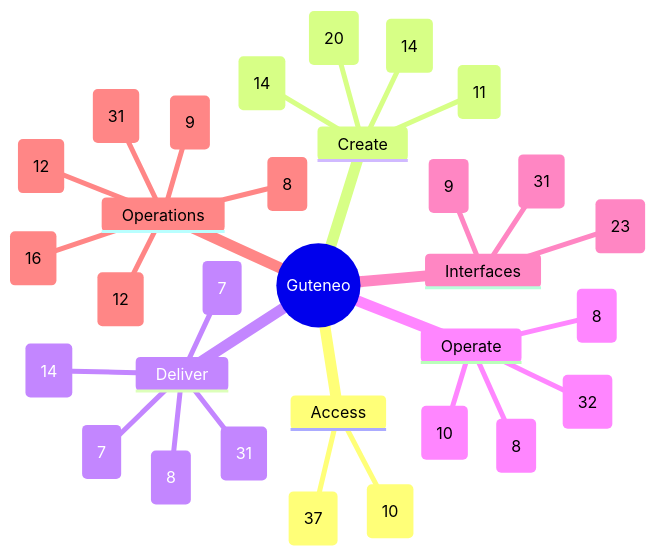
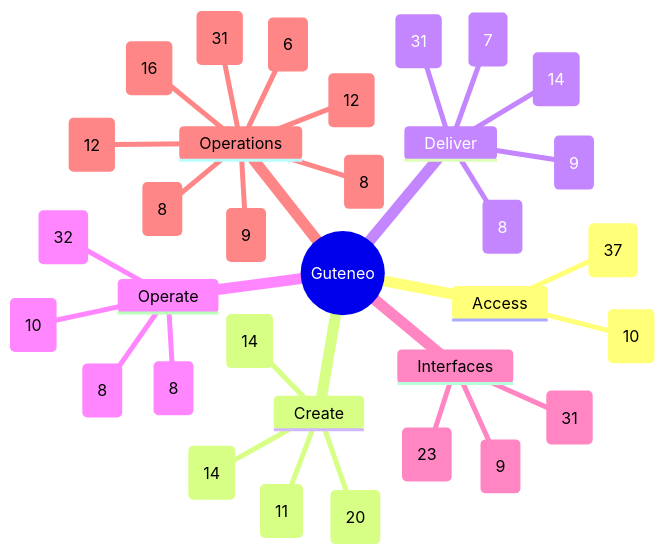
The diagram in docs/FEATURE_MAP.md (nclsppr/guteneo), drawn with Mermaid before and after one commit. The commit also changed other lines of this file and 51 other files, not shown here.

Commit message:
Keep reviewer access continuous and refresh fax tariffs automatically

````diff
--- a/docs/FEATURE_MAP.md
+++ b/docs/FEATURE_MAP.md
@@ -13,34 +13,36 @@
 ```mermaid
 mindmap
   root((Guteneo))
     Access
       Access and identity (37)
       Team and responsibilities (10)
     Create
       Documents and protection (20)
       Template studio (14)
       Data and mappings (11)
       PDF generation and distribution (14)
     Deliver
-      Fax (7)
+      Fax (9)
       Postal mail (8)
       Email and protected links (14)
       Sensitive distribution and personal documents (31)
       Dispatch dry run (7)
     Operate
       Campaigns and tracking (8)
       Credits and billing (8)
       Workspace layout and browser appearance (32)
       PDF verification (10)
     Interfaces
       Assistants and API (31)
       iPhone and iPad (9)
       Public pages, languages and appearance (23)
     Operations
       Reviewer OAuth qualification (9)
       Operations and reliability (31)
       Belvédère platform oversight (12)
       Public service status (16)
       Engineering documentation (12)
       Codex Cloud development (8)
+      Continuous reviewer preparation (6)
+      Automatic fax tariff maintenance (8)
 ```
````
